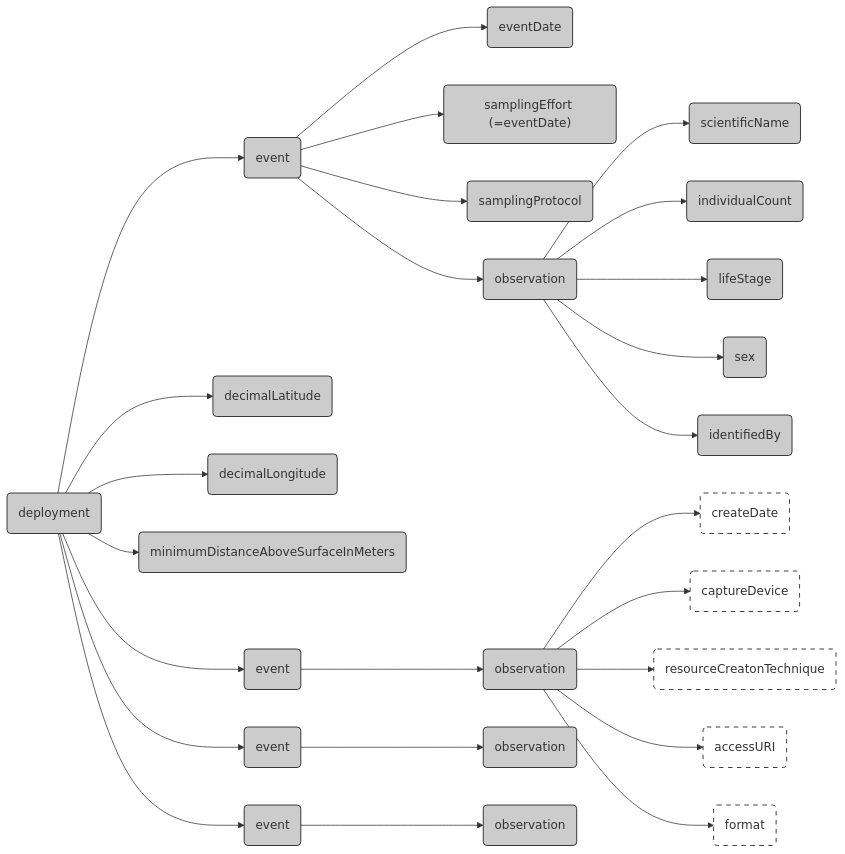
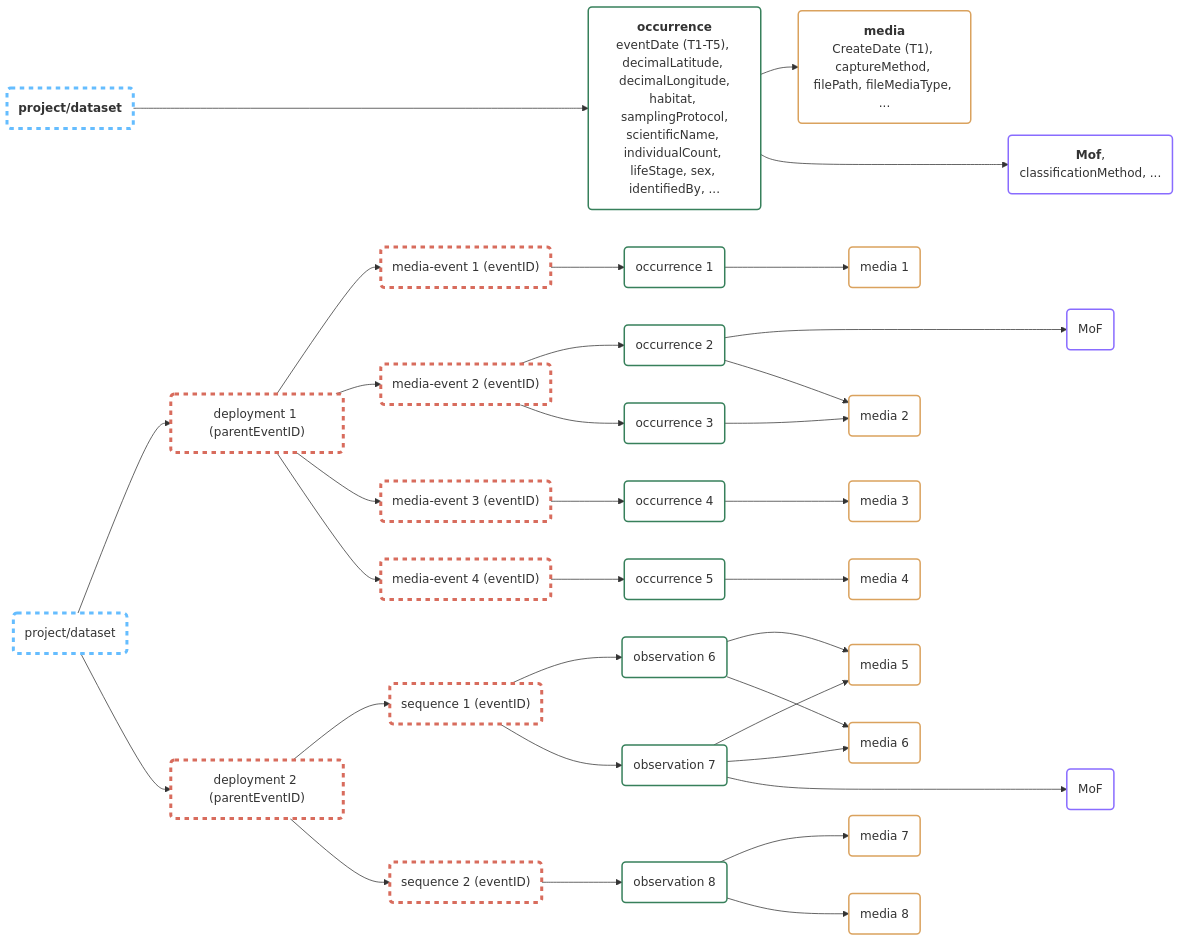
The diagram in data/dwc_occurrence/README.md (inbo/dwc-event-workshop), drawn with Mermaid before and after one commit.

Commit message:
Update schema for dwc_occurrence

````diff
--- a/data/dwc_occurrence/README.md
+++ b/data/dwc_occurrence/README.md
@@ -1,68 +1,82 @@
 ```mermaid
 flowchart LR
-    deployment("deployment"):::occurrence
-    event1("event"):::occurrence
-    event2("event"):::occurrence
-    event3("event"):::occurrence
-    event4("event"):::occurrence
+    classDef prj_event fill:#fff,stroke:#65BDFF,stroke-width:4px,stroke-dasharray:6;
+    classDef dep_event fill:#fff,stroke:#D86C5D,stroke-width:4px,stroke-dasharray:6;
+    classDef seq_event fill:#fff,stroke:#D86C5D,stroke-width:4px,stroke-dasharray:6;
+    classDef media_event fill:#fff,stroke:#D86C5D,stroke-width:4px,stroke-dasharray:6;
+    classDef occ_core fill:#fff,stroke:#37805B,stroke-width:2px;
+    classDef media_ext fill:#fff,stroke:#DAA25E,stroke-width:2px;
+    classDef emof_ext fill:#fff,stroke:#896CFF,stroke-width:2px;
 
+    prj0("`**project/dataset**`"):::prj_event
+    obs0("`**occurrence**
+        eventDate (T1-T5), decimalLatitude, decimalLongitude,
+        habitat, samplingProtocol,
+        scientificName, individualCount, lifeStage, sex, identifiedBy, ...`"):::occ_core
+    aud0("`**media**
+        CreateDate (T1), captureMethod, filePath, fileMediaType, ...`"):::media_ext
+    mof_obs0("`**Mof**,
+        classificationMethod, ...`"):::emof_ext
+       
+    prj0 ----> obs0 --> aud0
+    obs0 ---> mof_obs0
 
-    occ1("observation"):::occurrence
-    occ2("observation"):::occurrence
-    occ3("observation"):::occurrence
-    occ4("observation"):::occurrence
-
-    scientificName("scientificName"):::occurrence
-    individualCount("individualCount"):::occurrence
-    lifeStage("lifeStage"):::occurrence
-    sex("sex"):::occurrence
-    identifiedBy("identifiedBy"):::occurrence
-
-    eventDate("eventDate"):::occurrence
-    samplingEffort("samplingEffort (=eventDate)"):::occurrence
-    samplingProtocol("samplingProtocol"):::occurrence
-
-    decimalLatitude("decimalLatitude"):::occurrence
-    decimalLongitude("decimalLongitude"):::occurrence
-    minimumDistanceAboveSurfaceInMeters("minimumDistanceAboveSurfaceInMeters"):::occurrence
-
-    createDate("createDate"):::audubon
-    captureDevice("captureDevice"):::audubon
-    resourceCreatonTechnique("resourceCreatonTechnique"):::audubon
-    accessURI("accessURI"):::audubon
-    format("format"):::audubon
-   
-
-    classDef occurrence fill:#ccc,stroke-width:1px,stroke:#000;
-    classDef audubon fill:#fff,stroke-width:1px,stroke:#000, stroke-dasharray:6;
-
-
-    deployment --> event1
-    deployment --> decimalLatitude
-    deployment --> decimalLongitude
-    deployment --> minimumDistanceAboveSurfaceInMeters
-        event1 --> eventDate
-        event1 --> samplingEffort
-        event1 --> samplingProtocol
-
-        event1 --> occ1
-            occ1 --> scientificName
-            occ1 -->individualCount
-            occ1 -->lifeStage
-            occ1 -->sex
-            occ1 -->identifiedBy
-
-    deployment --> event2
-            event2 --> occ2
-            occ2 --> createDate
-            occ2 --> captureDevice
-            occ2 --> resourceCreatonTechnique
-            occ2 --> accessURI
-            occ2 --> format
-
-    deployment --> event3
-            event3 --> occ3
-
-    deployment --> event4
-        event4 --> occ4
+    prj1("project/dataset"):::prj_event
+    
+    dep1("deployment 1 (parentEventID)"):::dep_event
+    med1("media-event 1 (eventID)"):::media_event
+    med2("media-event 2 (eventID)"):::media_event
+    med3("media-event 3 (eventID)"):::media_event
+    med4("media-event 4 (eventID)"):::media_event
+    obs1("occurrence 1"):::occ_core
+    obs2("occurrence 2"):::occ_core
+    obs3("occurrence 3"):::occ_core
+    obs4("occurrence 4"):::occ_core
+    obs5("occurrence 5"):::occ_core
+    aud1("media 1"):::media_ext
+    aud2("media 2"):::media_ext
+    aud3("media 3"):::media_ext
+    aud4("media 4"):::media_ext
+    emof_obs2("MoF"):::emof_ext
+    prj1 --> dep1
+    dep1 --> med1
+    dep1 --> med2
+    dep1 --> med3
+    dep1 --> med4
+    med1 --> obs1
+    med2 --> obs2
+    med2 --> obs3
+    med3 --> obs4
+    med4 --> obs5
+    obs1 --> aud1
+    obs2 ---> emof_obs2
+    obs2 --> aud2
+    obs3 --> aud2
+    obs4 --> aud3
+    obs5 --> aud4
+    
+    dep2("deployment 2 (parentEventID)"):::dep_event
+    seq1("sequence 1 (eventID)"):::seq_event
+    seq2("sequence 2 (eventID)"):::seq_event
+    obs6("observation 6"):::occ_core
+    obs7("observation 7"):::occ_core
+    obs8("observation 8"):::occ_core
+    aud5("media 5"):::media_ext
+    aud6("media 6"):::media_ext
+    aud7("media 7"):::media_ext
+    aud8("media 8"):::media_ext
+    emof_obs7("MoF"):::emof_ext
+    prj1 --> dep2
+    dep2 --> seq1
+    dep2 --> seq2
+    seq1 --> obs6
+    seq1 --> obs7
+    seq2 --> obs8
+    obs6 --> aud5
+    obs6 --> aud6
+    obs7 --> aud5
+    obs7 --> aud6
+    obs8 --> aud7
+    obs8 --> aud8
+    obs7 ---> emof_obs7
 ```
````
